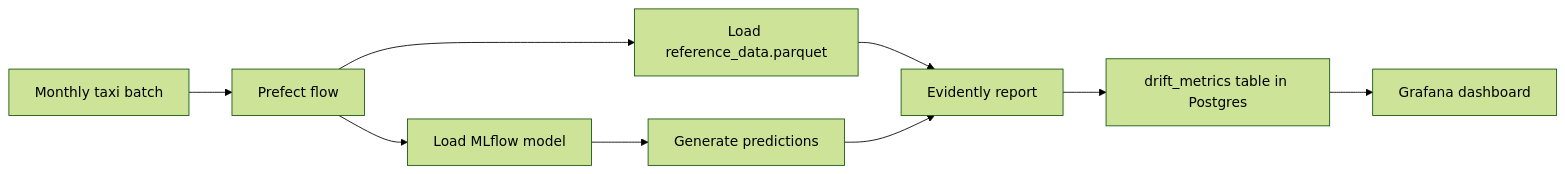
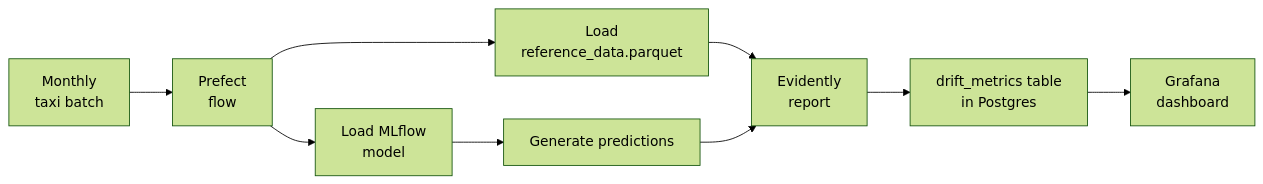
Before and after one commit to bootcampyoussef/mle-monitoring-in-ml: the diagram in 04-evidently-in-batch-predictions.md, drawn with Mermaid (forest theme). The commit also changed other lines of this file and 12 other files, not shown here.

````diff
--- a/04-evidently-in-batch-predictions.md
+++ b/04-evidently-in-batch-predictions.md
@@ -11,11 +11,11 @@
 ```mermaid
 flowchart LR
-    A["Monthly taxi batch"] --> B["Prefect flow"]
-    B --> C["Load MLflow model"]
-    B --> D["Load reference_data.parquet"]
+    A["Monthly<br>taxi batch"] --> B["Prefect<br>flow"]
+    B --> C["Load MLflow<br>model"]
+    B --> D["Load<br>reference_data.parquet"]
     C --> E["Generate predictions"]
-    D --> F["Evidently report"]
+    D --> F["Evidently<br>report"]
     E --> F
-    F --> G["drift_metrics table in Postgres"]
-    G --> H["Grafana dashboard"]
+    F --> G["drift_metrics table<br>in Postgres"]
+    G --> H["Grafana<br>dashboard"]
 ```
````
